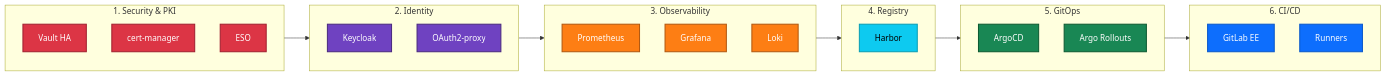
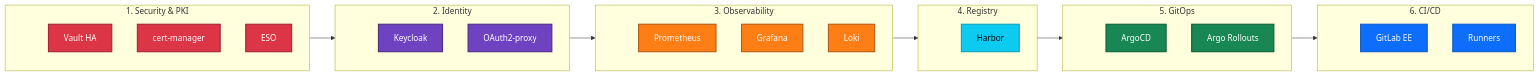
One commit to derhornspieler/harvester-rke2-svcs changed the first of 9 diagrams in docs/architecture/landscape.md. Above: the diagram before and after it, drawn with Mermaid. The commit also changed other lines of this file, not shown here.

First line of the commit message:
fix: add spacer nodes to prevent subgraph title overlap in Mermaid

````diff
--- a/docs/architecture/landscape.md
+++ b/docs/architecture/landscape.md
@@ -11,55 +11,62 @@
 ```mermaid
 graph LR
     subgraph S1["1. Security &amp; PKI"]
         direction TB
+        s1_pad[ ]:::hidden
         Vault["Vault HA"]
         CM["cert-manager"]
         ESO["ESO"]
     end
 
     subgraph S2["2. Identity"]
         direction TB
+        s2_pad[ ]:::hidden
         KC["Keycloak"]
         OAuth["OAuth2-proxy"]
     end
 
     subgraph S3["3. Observability"]
         direction TB
+        s3_pad[ ]:::hidden
         Prom["Prometheus"]
         Grafana["Grafana"]
         Loki["Loki"]
     end
 
     subgraph S4["4. Registry"]
         direction TB
+        s4_pad[ ]:::hidden
         Harbor["Harbor"]
     end
 
     subgraph S5["5. GitOps"]
         direction TB
+        s5_pad[ ]:::hidden
         ArgoCD["ArgoCD"]
         Rollouts["Argo Rollouts"]
     end
 
     subgraph S6["6. CI/CD"]
         direction TB
+        s6_pad[ ]:::hidden
         GitLab["GitLab EE"]
         Runners["Runners"]
     end
 
     S1 --> S2 --> S3 --> S4 --> S5 --> S6
 
     classDef pki fill:#dc3545,color:#fff,stroke:#a02030,stroke-width:2px
     classDef identity fill:#6f42c1,color:#fff,stroke:#4a2a7f,stroke-width:2px
     classDef obs fill:#fd7e14,color:#fff,stroke:#b15810,stroke-width:2px
     classDef data fill:#0dcaf0,color:#000,stroke:#0a9db5,stroke-width:2px
     classDef cicd fill:#198754,color:#fff,stroke:#0d5a32,stroke-width:2px
     classDef blue fill:#0d6efd,color:#fff,stroke:#0a58ca,stroke-width:2px
 
     class Vault,CM,ESO pki
     class KC,OAuth identity
     class Prom,Grafana,Loki obs
     class Harbor data
     class ArgoCD,Rollouts cicd
     class GitLab,Runners blue
+    classDef hidden display:none
 ```
````
